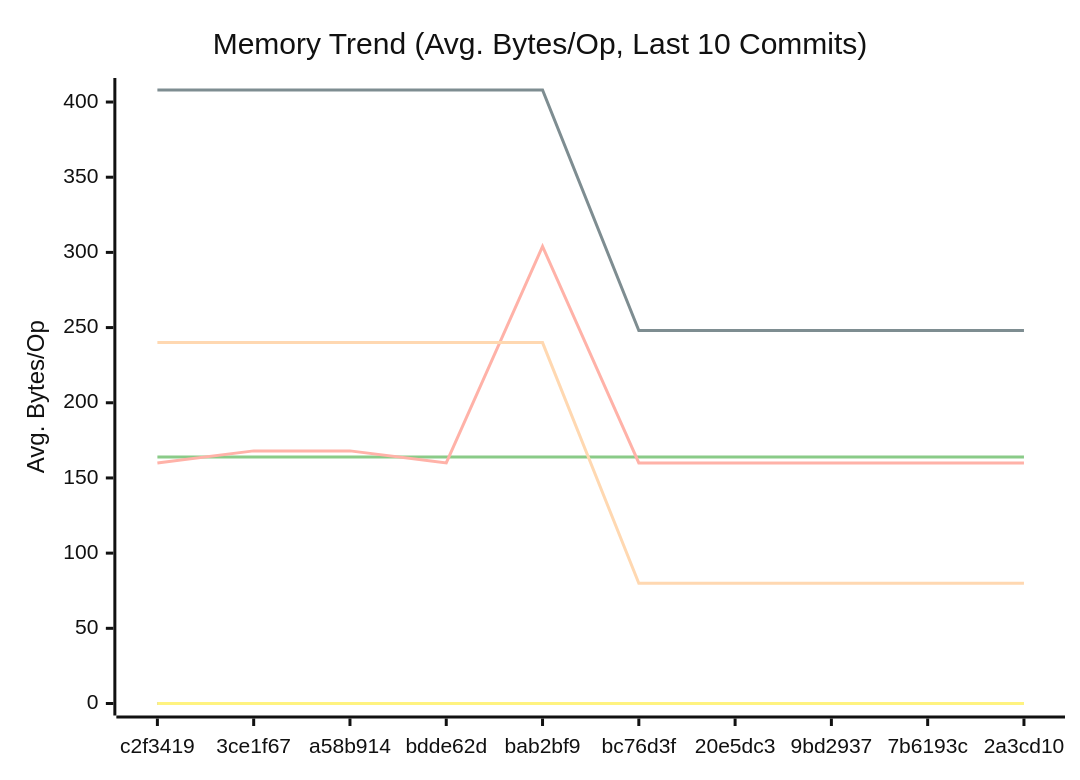
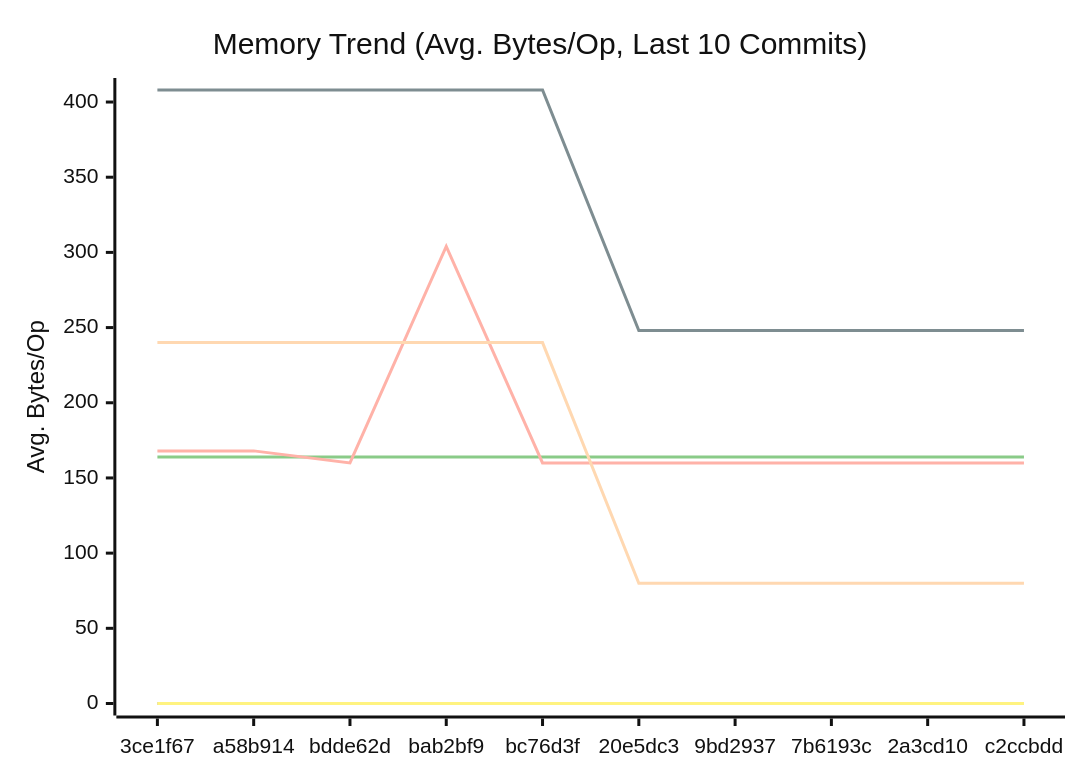
The second of 3 diagrams in docs/PERFORMANCE.md (alsotoes/momo), drawn with Mermaid (neutral theme) before and after one commit. The commit also changed other lines of this file and 2 other files, not shown here.

````diff
--- a/docs/PERFORMANCE.md
+++ b/docs/PERFORMANCE.md
@@ -97,16 +97,16 @@
 ```mermaid
 xychart-beta
     title "Memory Trend (Avg. Bytes/Op, Last 10 Commits)"
     x-axis "Commit"
     y-axis "Avg. Bytes/Op"
-    x-axis [c2f3419,3ce1f67,a58b914,bdde62d,bab2bf9,bc76d3f,20e5dc3,9bd2937,7b6193c,2a3cd10]
+    x-axis [3ce1f67,a58b914,bdde62d,bab2bf9,bc76d3f,20e5dc3,9bd2937,7b6193c,2a3cd10,c2ccbdd]
     line "CheckMetricsAndSwap" [0,0,0,0,0,0,0,0,0,0]
     line "CrushOptimized" [0,0,0,0,0,0,0,0,0,0]
     line "CrushOriginal" [164,164,164,164,164,164,164,164,164,164]
     line "IndexDirectTracking" [0,0,0,0,0,0,0,0,0,0]
     line "IndexSearch" [0,0,0,0,0,0,0,0,0,0]
-    line "LoadGlobalConfig" [160,168,168,160,304,160,160,160,160,160]
+    line "LoadGlobalConfig" [168,168,160,304,160,160,160,160,160,160]
     line "PadString" [0,0,0,0,0,0,0,0,0,0]
     line "ParseReplicationOrder_NoPrealloc" [408,408,408,408,408,248,248,248,248,248]
     line "ParseReplicationOrder_Prealloc" [240,240,240,240,240,80,80,80,80,80]
 ```
````
